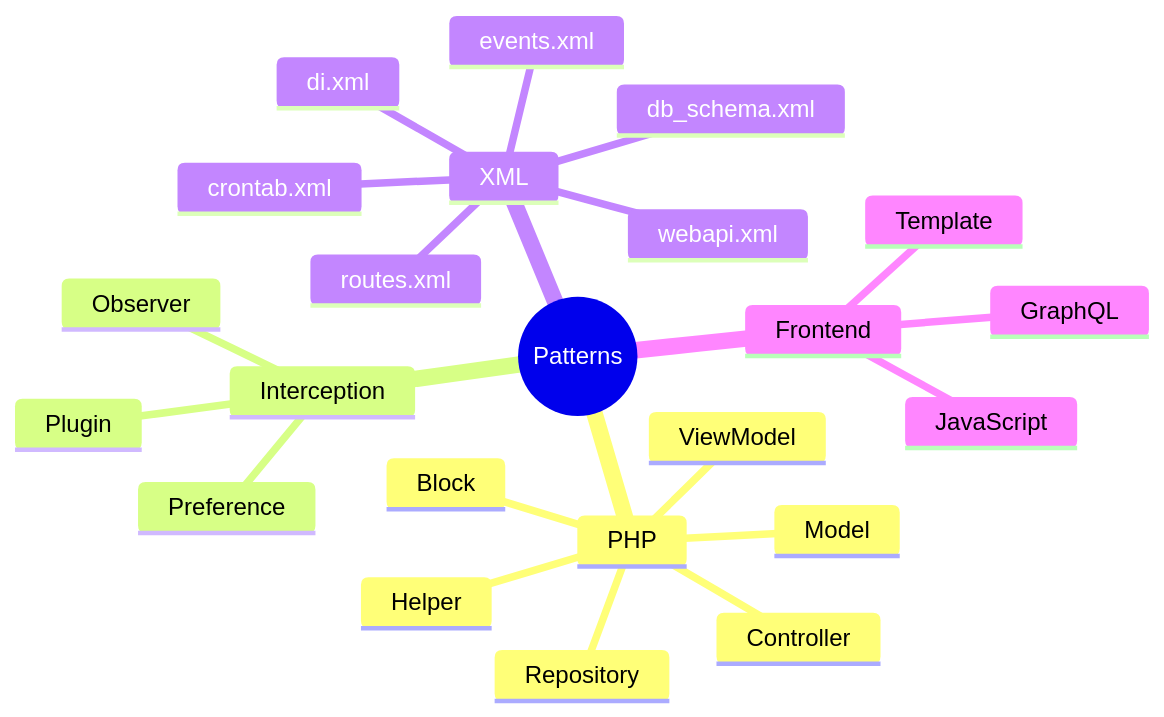
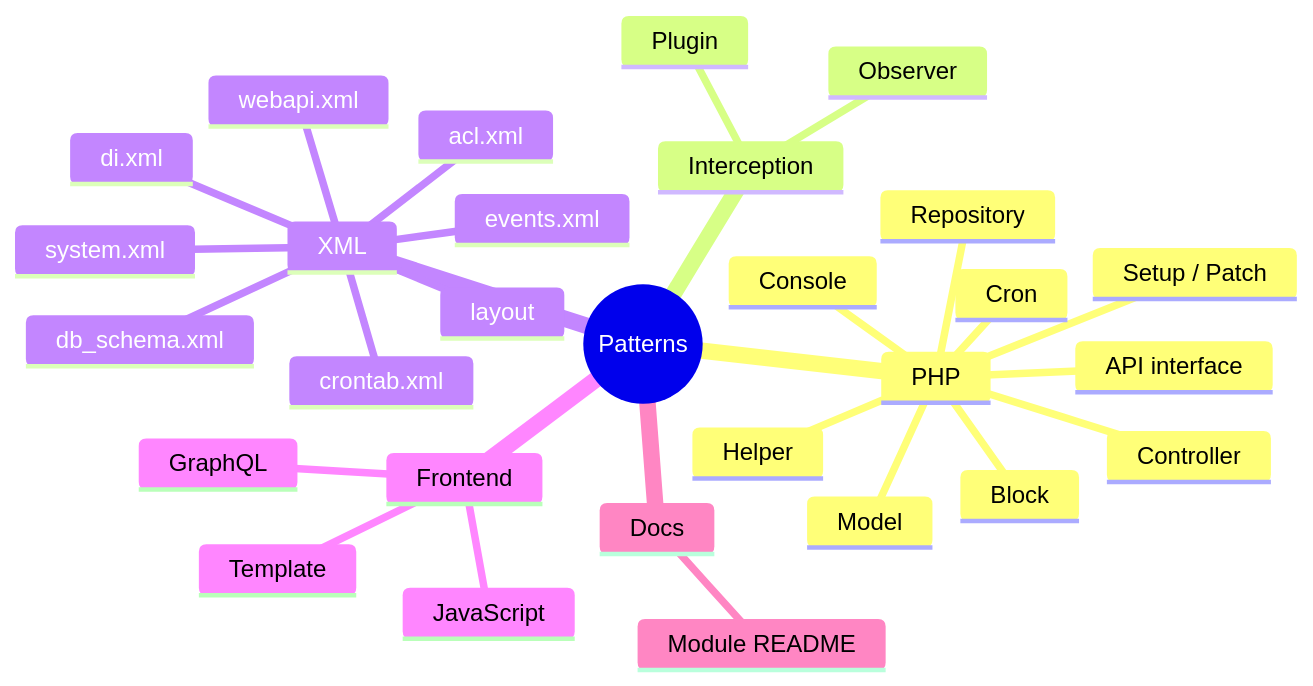
Before and after one commit to krejcif/magector: the ninth of 9 diagrams in README.md, drawn with Mermaid. The commit also changed other lines of this file, not shown here.

````diff
--- a/README.md
+++ b/README.md
@@ -1051,26 +986,32 @@
 ```mermaid
 mindmap
   root((Patterns))
     PHP
       Controller
       Model
       Repository
       Block
       Helper
-      ViewModel
+      API interface
+      Setup / Patch
+      Console
+      Cron
     Interception
       Plugin
       Observer
-      Preference
     XML
       di.xml
       events.xml
       webapi.xml
-      routes.xml
+      system.xml
+      acl.xml
       crontab.xml
       db_schema.xml
+      layout
     Frontend
       Template
       JavaScript
       GraphQL
+    Docs
+      Module README
 ```
````
